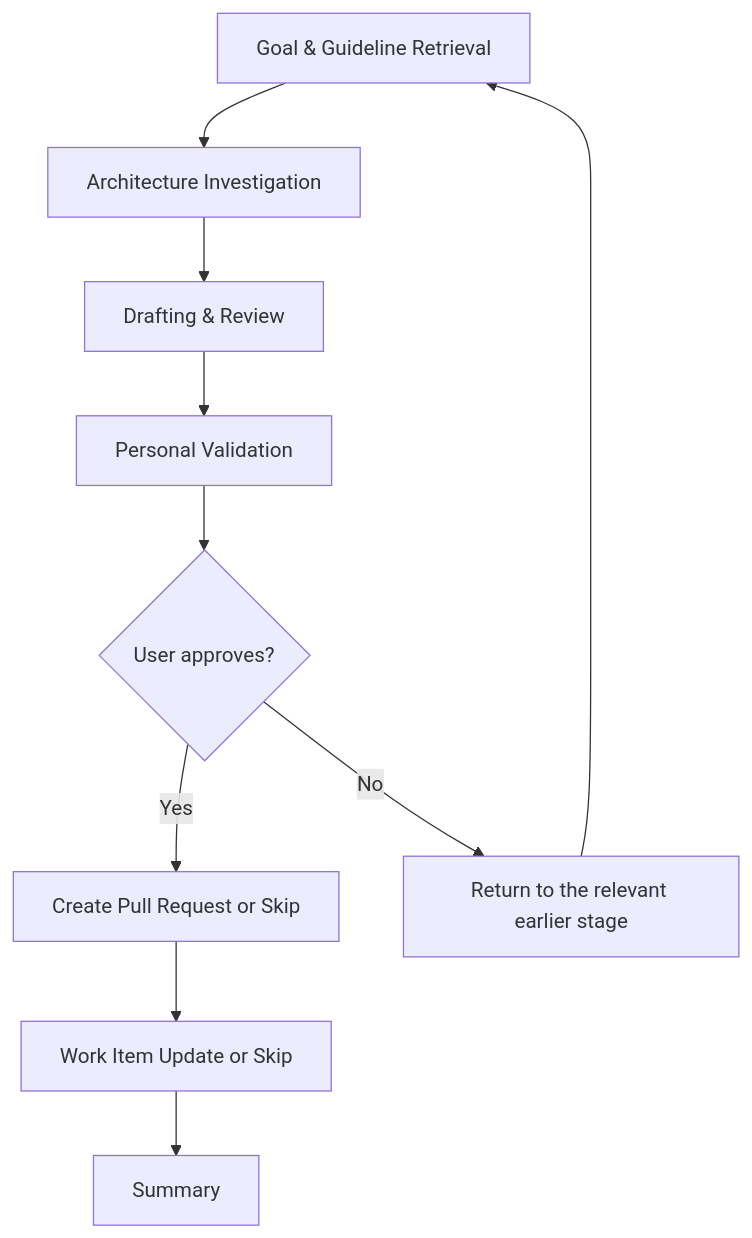
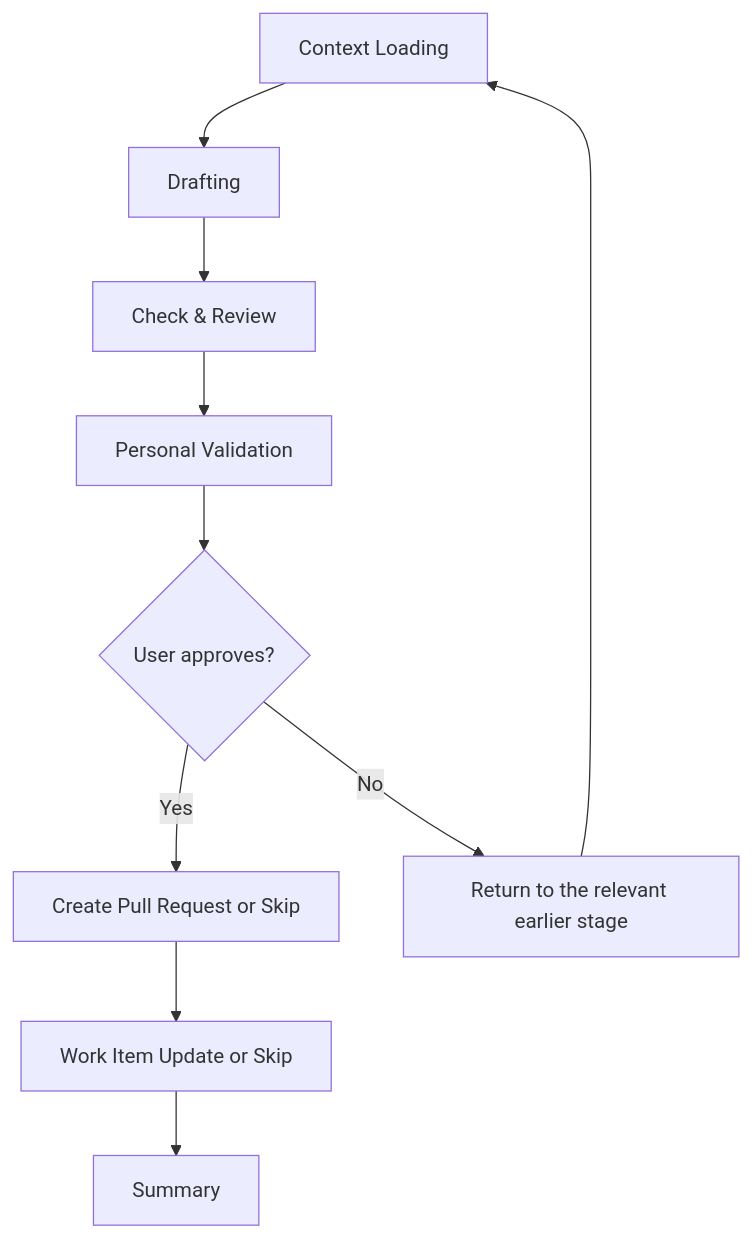
The sixth of 16 diagrams in plugins/delivery/resources/delivery-flow-diagrams.md (JSdotNet/ai-agent-stack), drawn with Mermaid before and after one commit. The commit also changed other lines of this file and 27 other files, not shown here.

````diff
--- a/plugins/delivery/resources/delivery-flow-diagrams.md
+++ b/plugins/delivery/resources/delivery-flow-diagrams.md
@@ -176,12 +176,12 @@
 ```mermaid
 flowchart TD
-    A["Goal & Guideline Retrieval"] --> B["Architecture Investigation"]
-    B --> C["Drafting & Review"]
+    A["Context Loading"] --> B["Drafting"]
+    B --> C["Check & Review"]
     C --> D["Personal Validation"]
     D --> E{User approves?}
     E -->|Yes| F["Create Pull Request or Skip"]
     E -->|No| G["Return to the relevant earlier stage"]
     G --> A
     F --> U["Work Item Update or Skip"]
     U --> H["Summary"]
 ```
````
